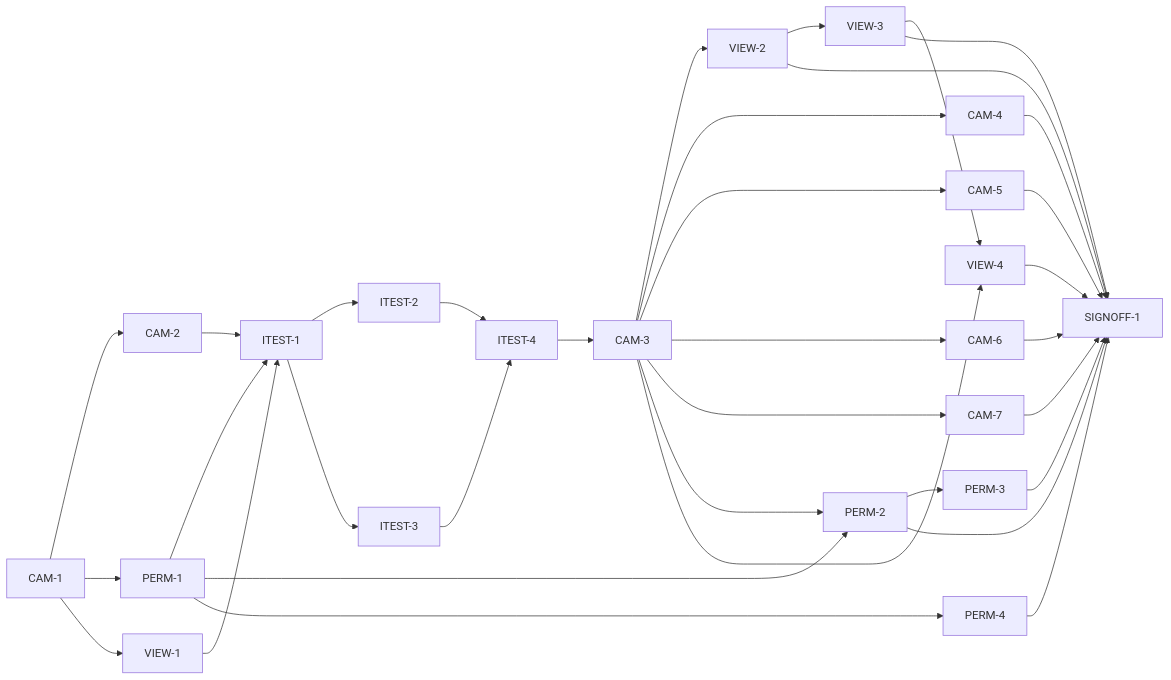
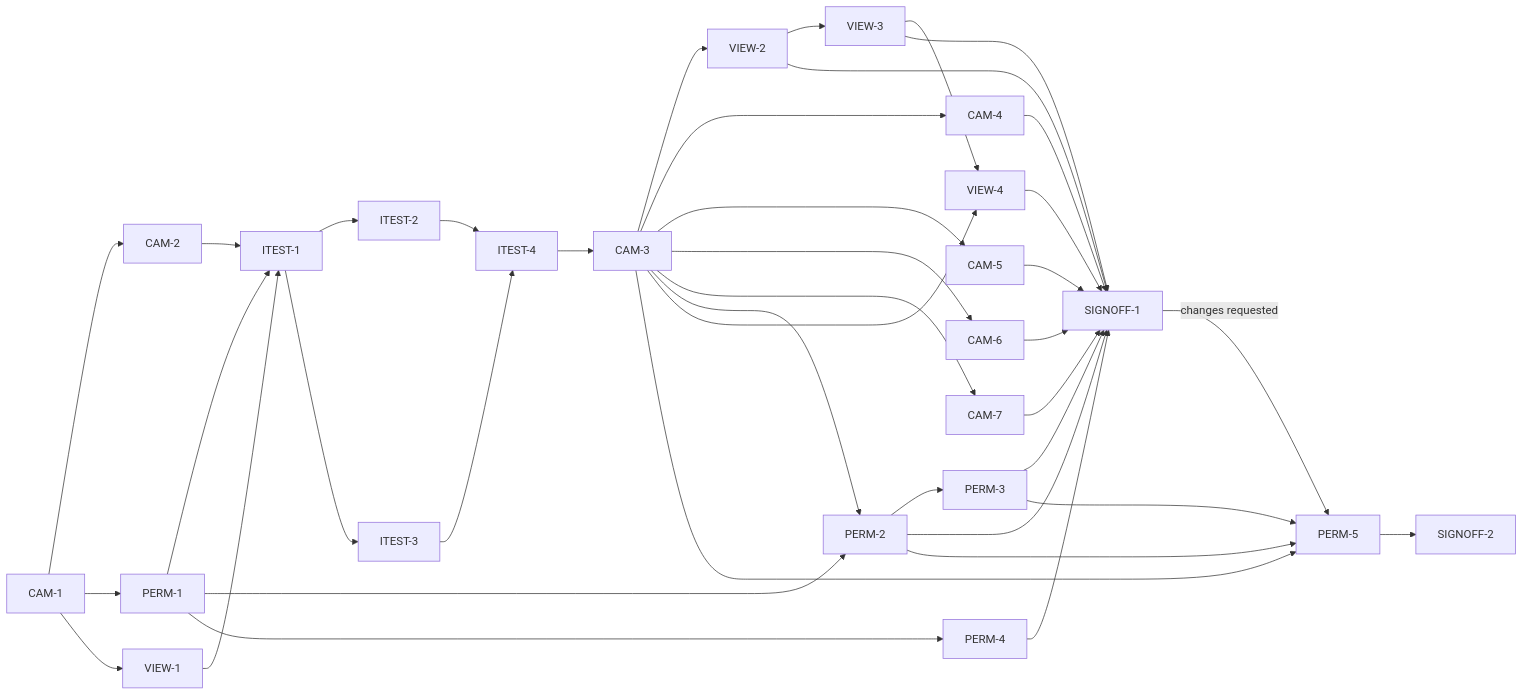
The diagram in specs/bs-19-live-camera-capture/MASTER_PLAN_FOR_FEATURE.md (meatsquirk/Nuance), drawn with Mermaid before and after one commit. The commit also changed other lines of this file and 2 other files, not shown here.

First line of the commit message:
bs-19-live-camera-capture SIGNOFF-DECISION SIGNOFF-1: changes requested — queue PERM-5, then SIGNOFF-2

````diff
--- a/specs/bs-19-live-camera-capture/MASTER_PLAN_FOR_FEATURE.md
+++ b/specs/bs-19-live-camera-capture/MASTER_PLAN_FOR_FEATURE.md
@@ -108,14 +108,16 @@
 ```mermaid
 graph LR
   CAM-1 --> CAM-2 & PERM-1 & VIEW-1
   CAM-2 & PERM-1 & VIEW-1 --> ITEST-1 --> ITEST-2 & ITEST-3
   ITEST-2 & ITEST-3 --> ITEST-4
   ITEST-4 --> CAM-3
   CAM-3 --> VIEW-2 & CAM-4 & CAM-5 & CAM-6 & CAM-7
   VIEW-2 --> VIEW-3
   PERM-1 --> PERM-2
   CAM-3 --> PERM-2 --> PERM-3
   PERM-1 --> PERM-4
   VIEW-3 & CAM-3 --> VIEW-4
   VIEW-2 & VIEW-3 & CAM-4 & CAM-5 & CAM-6 & CAM-7 & PERM-2 & PERM-3 & PERM-4 & VIEW-4 --> SIGNOFF-1
+  SIGNOFF-1 -->|changes requested| PERM-5
+  CAM-3 & PERM-2 & PERM-3 --> PERM-5 --> SIGNOFF-2
 ```
````
